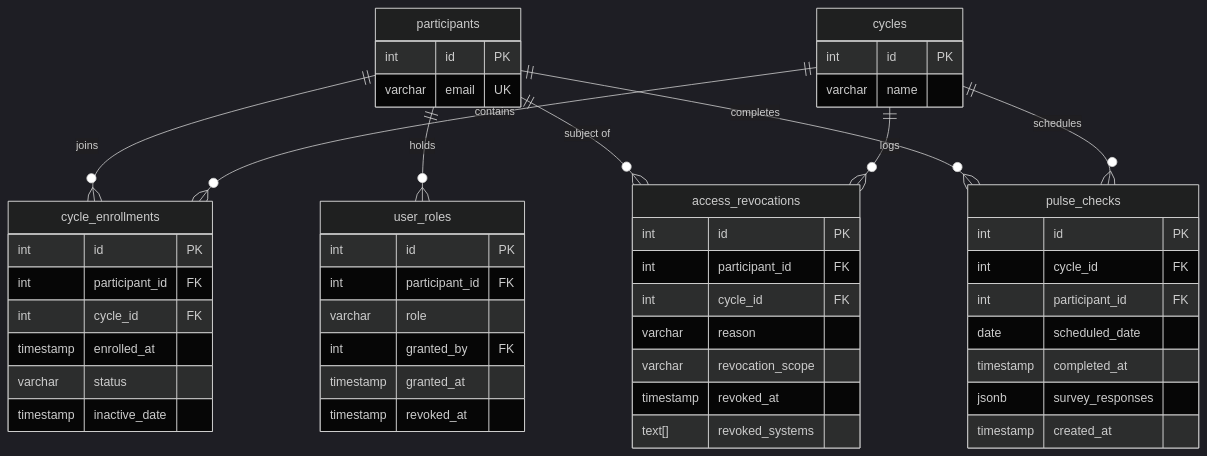
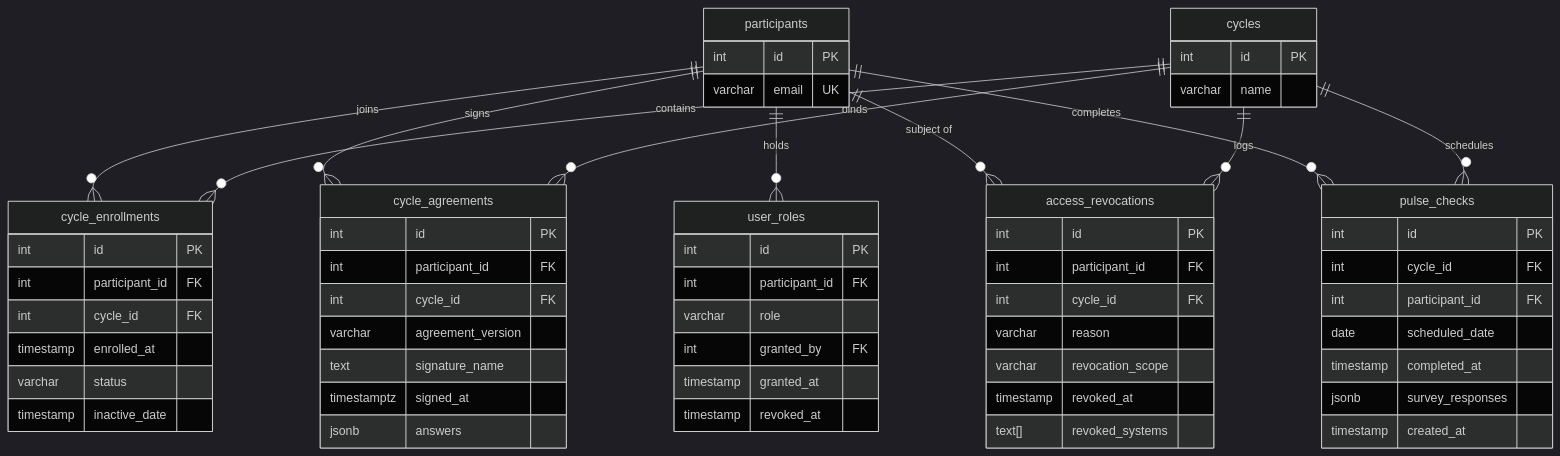
One commit to TheUpskillingLabs/OLOS changed the third of 6 diagrams in SCHEMA.md. Above: the diagram before and after it, drawn with Mermaid (dark theme). The commit also changed other lines of this file and 11 other files, not shown here.

First line of the commit message:
feat: cycle registration ceremony — the Open Cycle Agreement (stage C1)

````diff
--- a/SCHEMA.md
+++ b/SCHEMA.md
@@ -149,58 +149,70 @@
 ```mermaid
 erDiagram
     participants {
         int id PK
         varchar email UK
     }
 
     cycles {
         int id PK
         varchar name
     }
 
     cycle_enrollments {
         int id PK
         int participant_id FK
         int cycle_id FK
         timestamp enrolled_at
         varchar status
         timestamp inactive_date
+    }
+
+    cycle_agreements {
+        int id PK
+        int participant_id FK
+        int cycle_id FK
+        varchar agreement_version
+        text signature_name
+        timestamptz signed_at
+        jsonb answers
     }
 
     user_roles {
         int id PK
         int participant_id FK
         varchar role
         int granted_by FK
         timestamp granted_at
         timestamp revoked_at
     }
 
     access_revocations {
         int id PK
         int participant_id FK
         int cycle_id FK
         varchar reason
         varchar revocation_scope
         timestamp revoked_at
         text[] revoked_systems
     }
 
     pulse_checks {
         int id PK
         int cycle_id FK
         int participant_id FK
         date scheduled_date
         timestamp completed_at
         jsonb survey_responses
         timestamp created_at
     }
 
     participants ||--o{ cycle_enrollments : "joins"
     cycles ||--o{ cycle_enrollments : "contains"
+    participants ||--o{ cycle_agreements : "signs"
+    cycles ||--o{ cycle_agreements : "binds"
     participants ||--o{ user_roles : "holds"
     participants ||--o{ access_revocations : "subject of"
     cycles ||--o{ access_revocations : "logs"
     participants ||--o{ pulse_checks : "completes"
     cycles ||--o{ pulse_checks : "schedules"
 ```
````
